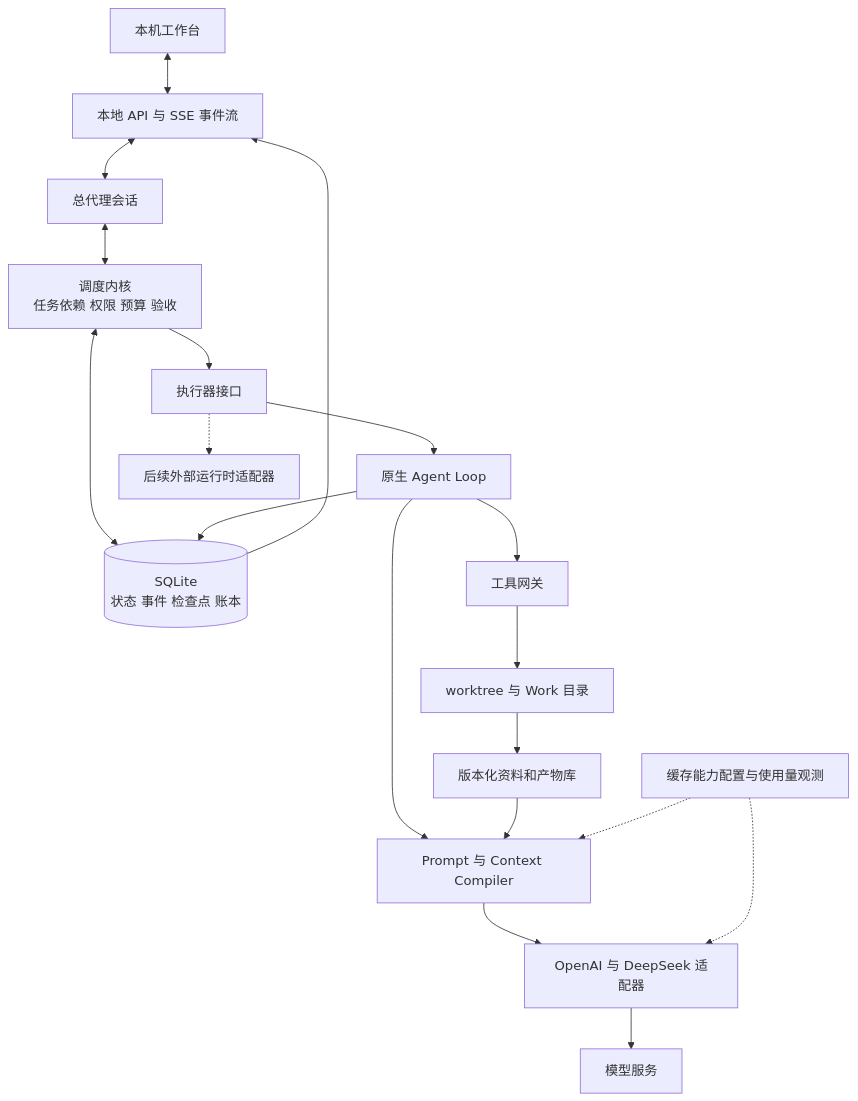
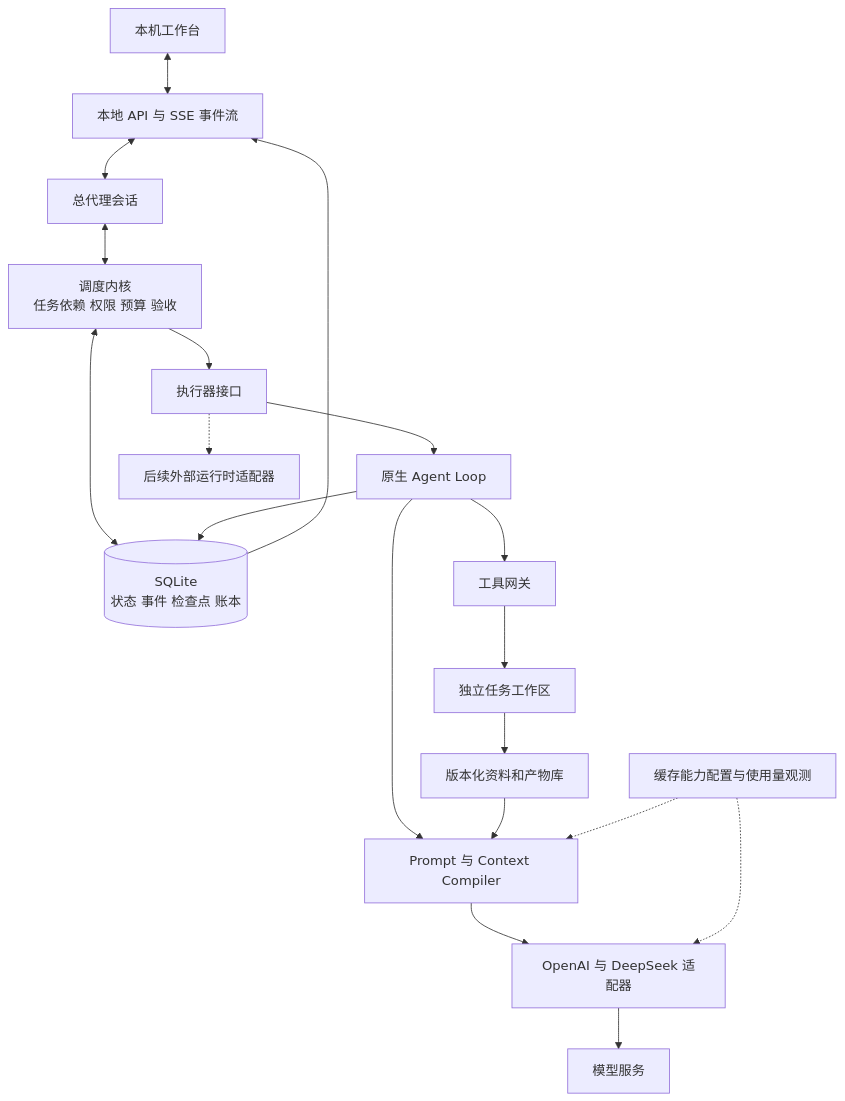
Before and after one commit to lyts825/Elysia: the diagram in docs/EXECUTION.md, drawn with Mermaid. The commit also changed other lines of this file and 41 other files, not shown here.

````diff
--- a/docs/EXECUTION.md
+++ b/docs/EXECUTION.md
@@ -32,21 +32,21 @@
 ```mermaid
 flowchart TB
     UI[本机工作台] <--> API[本地 API 与 SSE 事件流]
     API <--> CO[总代理会话]
     CO <--> K[调度内核\n任务依赖 权限 预算 验收]
     K <--> DB[(SQLite\n状态 事件 检查点 账本)]
     K --> EX[执行器接口]
     EX --> N[原生 Agent Loop]
     N --> CC[Prompt 与 Context Compiler]
     CC --> PA[OpenAI 与 DeepSeek 适配器]
     PA --> LLM[模型服务]
     N --> TG[工具网关]
-    TG --> WS[worktree 与 Work 目录]
+    TG --> WS[独立任务工作区]
     WS --> AS[版本化资料和产物库]
     AS --> CC
     N --> DB
     DB --> API
     CP[缓存能力配置与使用量观测] -.-> CC
     CP -.-> PA
     EX -.-> FUT[后续外部运行时适配器]
 ```
````
